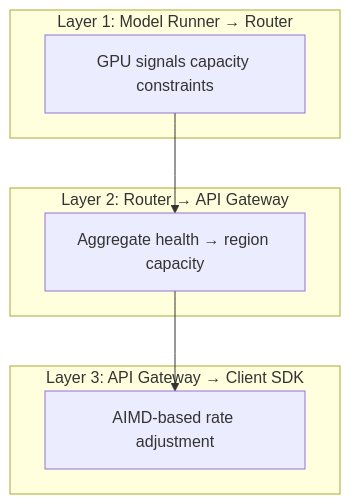
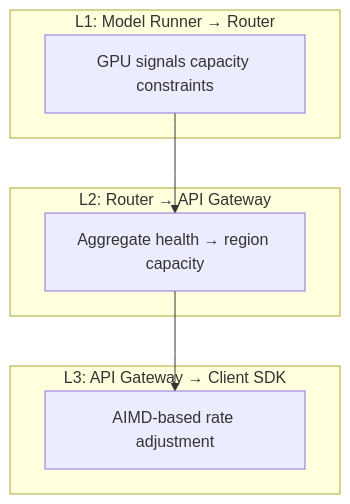
One commit to LatencyTDH/sample-architectural-designs changed the fourth of 24 diagrams in amazon-bedrock/DesignBedrock.md. Above: the diagram before and after it, drawn with Mermaid. The commit also changed 1 other file, not shown here.

Commit message:
Update back of envelope and diagram bedrock.

````diff
--- a/amazon-bedrock/DesignBedrock.md
+++ b/amazon-bedrock/DesignBedrock.md
@@ -482,18 +482,18 @@
 ```mermaid
 graph TD
-    subgraph L1["Layer 1: Model Runner → Router"]
+    subgraph L1["L1: Model Runner → Router"]
         GPU[GPU signals capacity constraints]
     end
     
-    subgraph L2["Layer 2: Router → API Gateway"]
+    subgraph L2["L2: Router → API Gateway"]
         Agg[Aggregate health → region capacity]
     end
     
-    subgraph L3["Layer 3: API Gateway → Client SDK"]
+    subgraph L3["L3: API Gateway → Client SDK"]
         AIMD[AIMD-based rate adjustment]
     end
     
     GPU --> Agg
     Agg --> AIMD
 
 ```
````
